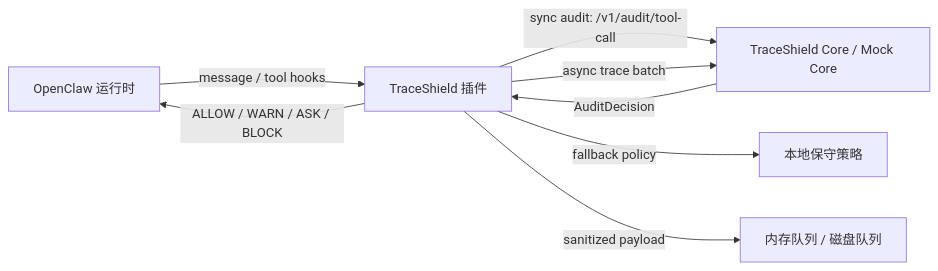
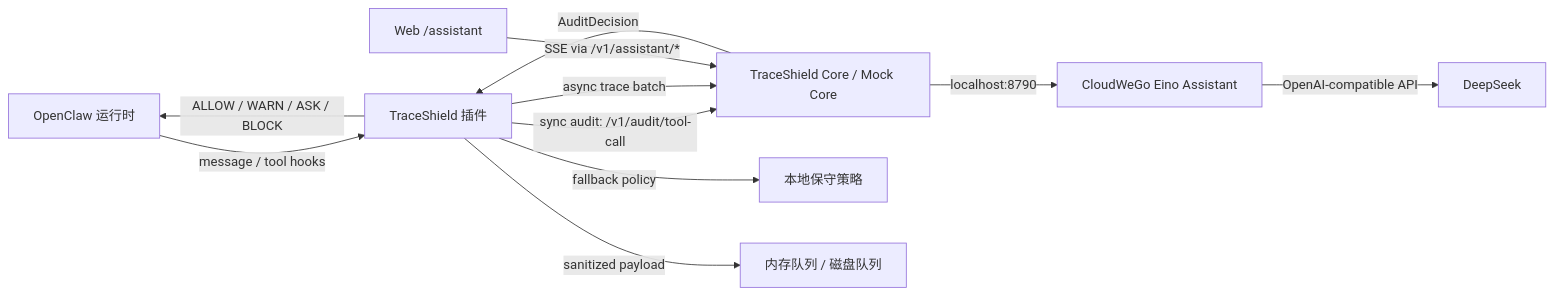
The diagram in README.md (potato-vita/ClawShield), drawn with Mermaid before and after one commit. The commit also changed other lines of this file and 93 other files, not shown here.

Commit message:
feat: expand console and add Eino security assistant

````diff
--- a/README.md
+++ b/README.md
@@ -56,10 +70,13 @@
 ```mermaid
 flowchart LR
   U[OpenClaw 运行时] -->|message / tool hooks| P[TraceShield 插件]
   P -->|sync audit: /v1/audit/tool-call| C[TraceShield Core / Mock Core]
   C -->|AuditDecision| P
   P -->|ALLOW / WARN / ASK / BLOCK| U
   P -->|async trace batch| C
   P -->|fallback policy| L[本地保守策略]
   P -->|sanitized payload| Q[内存队列 / 磁盘队列]
+  W[Web /assistant] -->|SSE via /v1/assistant/*| C
+  C -->|localhost:8790| A[CloudWeGo Eino Assistant]
+  A -->|OpenAI-compatible API| D[DeepSeek]
 ```
````
